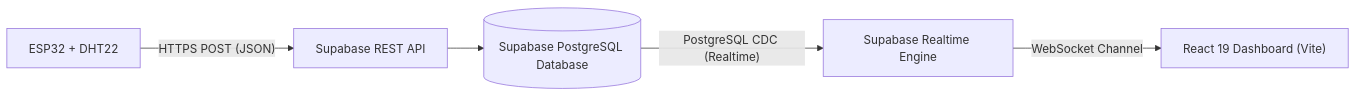
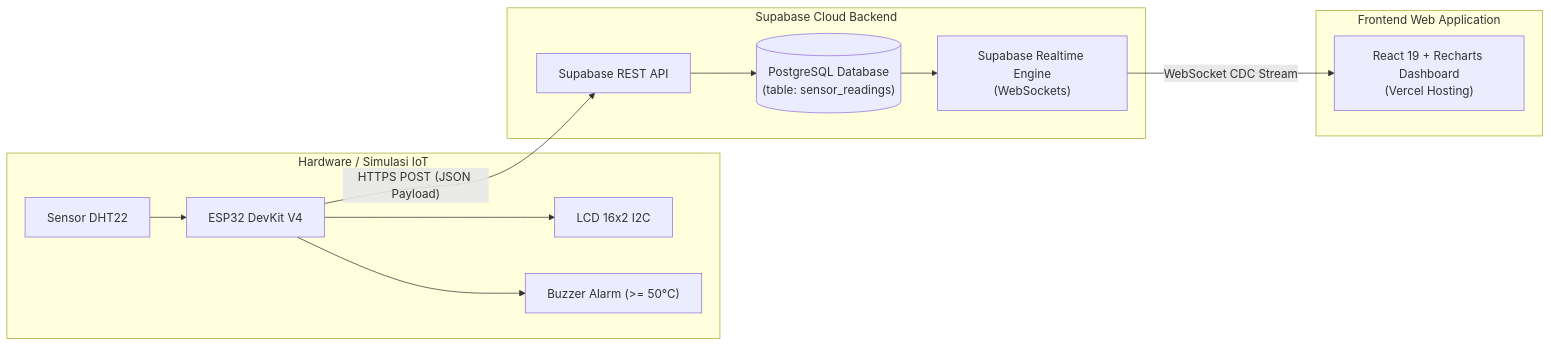
Before and after one commit to dhidhin/esp32-dashboard: the diagram in README.md, drawn with Mermaid. The commit also changed other lines of this file and 1 other file, not shown here.

````diff
--- a/README.md
+++ b/README.md
@@ -57,7 +87,27 @@
 ```mermaid
 flowchart LR
-    A["ESP32 + DHT22"] -->|"HTTPS POST (JSON)"| B["Supabase REST API"]
-    B --> C[("Supabase PostgreSQL Database")]
-    C -->|"PostgreSQL CDC (Realtime)"| D["Supabase Realtime Engine"]
-    D -->|"WebSocket Channel"| E["React 19 Dashboard (Vite)"]
+    subgraph Edge ["Hardware / Simulasi IoT"]
+        A["ESP32 DevKit V4"]
+        B["Sensor DHT22"]
+        C["LCD 16x2 I2C"]
+        D["Buzzer Alarm (>= 50°C)"]
+        B --> A
+        A --> C
+        A --> D
+    end
+
+    subgraph Cloud ["Supabase Cloud Backend"]
+        E["Supabase REST API"]
+        F[("PostgreSQL Database\n(table: sensor_readings)")]
+        G["Supabase Realtime Engine\n(WebSockets)"]
+        E --> F
+        F --> G
+    end
+
+    subgraph Client ["Frontend Web Application"]
+        H["React 19 + Recharts Dashboard\n(Vercel Hosting)"]
+    end
+
+    A -->|"HTTPS POST (JSON Payload)"| E
+    G -->|"WebSocket CDC Stream"| H
 ```
````
